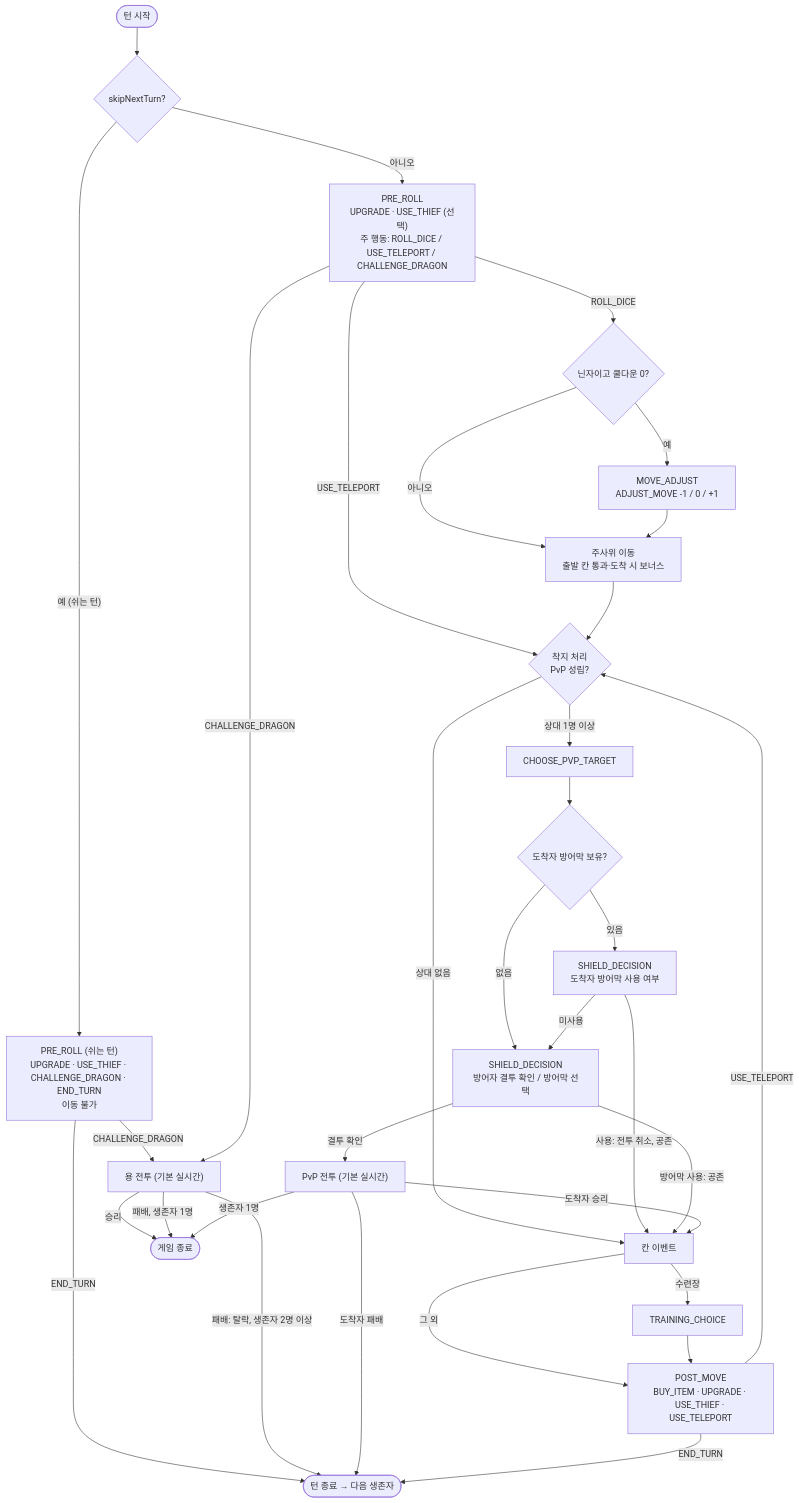
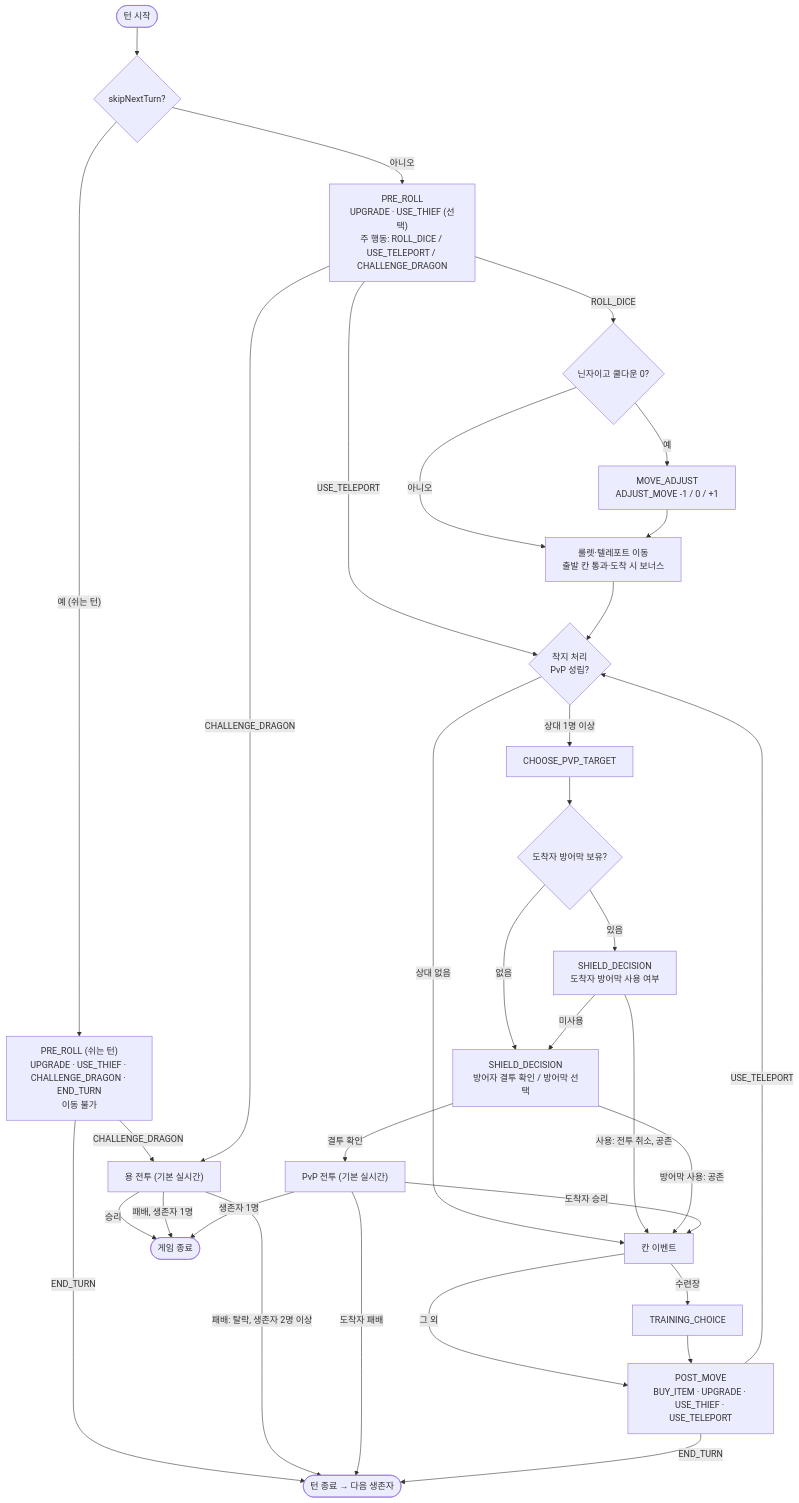
One commit to KR-penguin/Dragon-Rush changed the diagram in docs/game-design.md. Above: the diagram before and after it, drawn with Mermaid. The commit also changed other lines of this file and 16 other files, not shown here.

````diff
--- a/docs/game-design.md
+++ b/docs/game-design.md
@@ -151,54 +151,54 @@
 ```mermaid
 flowchart TD
   ts(["턴 시작"])
   skipQ{"skipNextTurn?"}
   pre["PRE_ROLL<br/>UPGRADE · USE_THIEF (선택)<br/>주 행동: ROLL_DICE / USE_TELEPORT / CHALLENGE_DRAGON"]
   dragonFight["용 전투 (기본 실시간)"]
   adjQ{"닌자이고 쿨다운 0?"}
   adj["MOVE_ADJUST<br/>ADJUST_MOVE -1 / 0 / +1"]
-  move["주사위 이동<br/>출발 칸 통과·도착 시 보너스"]
+  move["룰렛·텔레포트 이동<br/>출발 칸 통과·도착 시 보너스"]
   land{"착지 처리<br/>PvP 성립?"}
   target["CHOOSE_PVP_TARGET"]
   shieldQ{"도착자 방어막 보유?"}
   shield["SHIELD_DECISION<br/>도착자 방어막 사용 여부"]
   defender["SHIELD_DECISION<br/>방어자 결투 확인 / 방어막 선택"]
   duel["PvP 전투 (기본 실시간)"]
   tile["칸 이벤트"]
   train["TRAINING_CHOICE"]
   post["POST_MOVE<br/>BUY_ITEM · UPGRADE · USE_THIEF · USE_TELEPORT"]
   turnEnd(["턴 종료 → 다음 생존자"])
   gameEnd(["게임 종료"])
 
   ts --> skipQ
   skipQ -->|"예 (쉬는 턴)"| rest["PRE_ROLL (쉬는 턴)<br/>UPGRADE · USE_THIEF · CHALLENGE_DRAGON · END_TURN<br/>이동 불가"]
   rest -->|"END_TURN"| turnEnd
   rest -->|"CHALLENGE_DRAGON"| dragonFight
   skipQ -->|"아니오"| pre
   pre -->|"CHALLENGE_DRAGON"| dragonFight
   dragonFight -->|"승리"| gameEnd
   dragonFight -->|"패배: 탈락, 생존자 2명 이상"| turnEnd
   dragonFight -->|"패배, 생존자 1명"| gameEnd
   pre -->|"ROLL_DICE"| adjQ
   adjQ -->|"예"| adj
   adjQ -->|"아니오"| move
   adj --> move
   pre -->|"USE_TELEPORT"| land
   move --> land
   land -->|"상대 1명 이상"| target
   land -->|"상대 없음"| tile
   target --> shieldQ
   shieldQ -->|"있음"| shield
   shieldQ -->|"없음"| defender
   shield -->|"사용: 전투 취소, 공존"| tile
   shield -->|"미사용"| defender
   defender -->|"방어막 사용: 공존"| tile
   defender -->|"결투 확인"| duel
   duel -->|"도착자 승리"| tile
   duel -->|"도착자 패배"| turnEnd
   duel -->|"생존자 1명"| gameEnd
   tile -->|"수련장"| train
   tile -->|"그 외"| post
   train --> post
   post -->|"USE_TELEPORT"| land
   post -->|"END_TURN"| turnEnd
 ```
````
